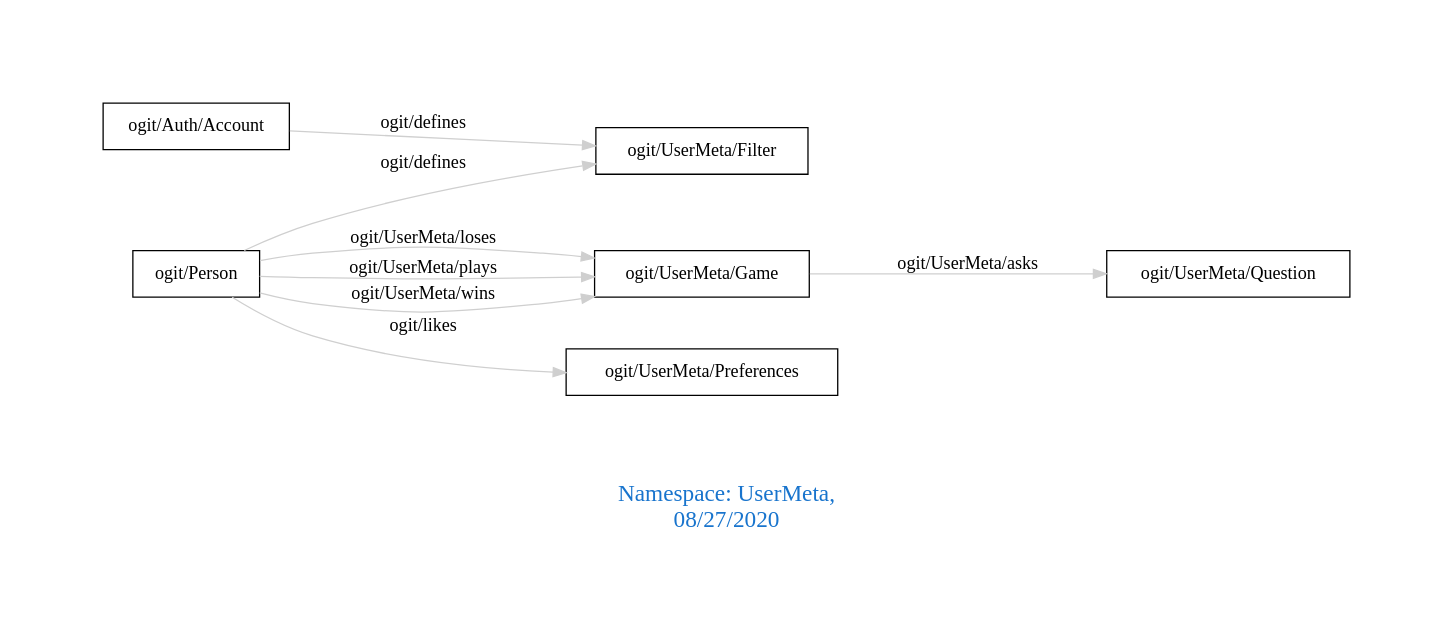
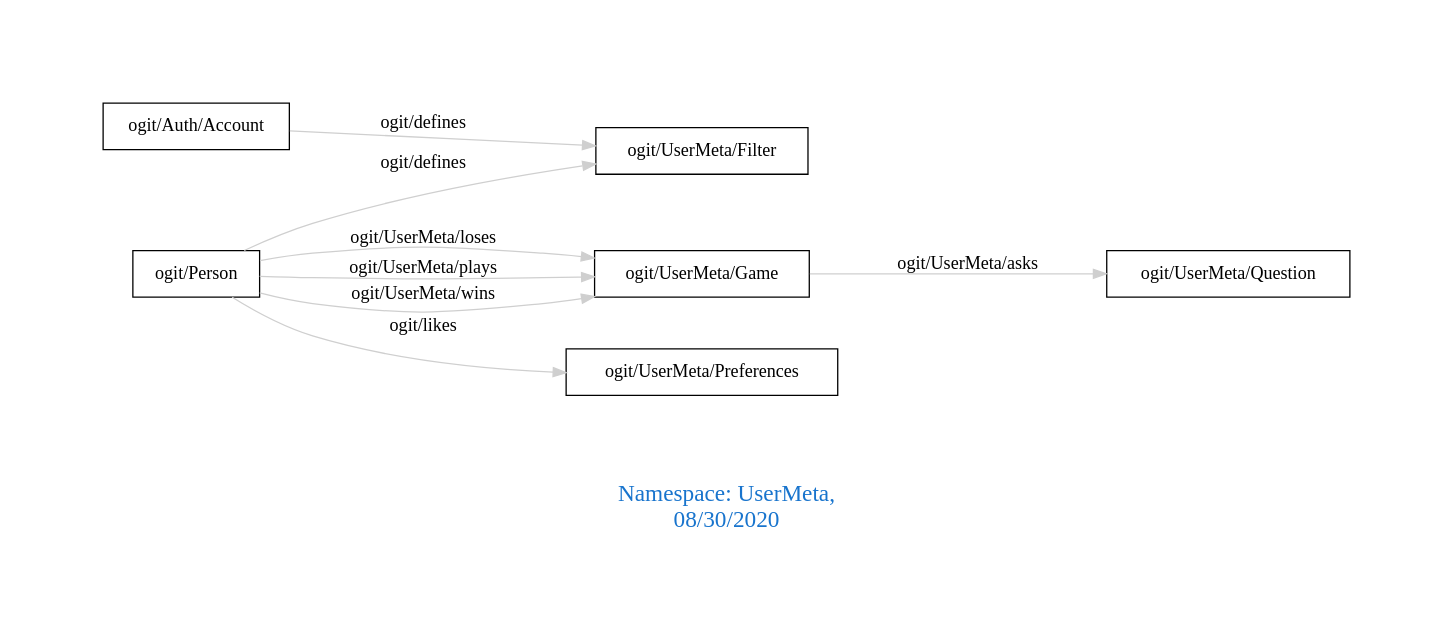
One commit to arago/OGIT changed the diagram in downloads/UserMeta.dot. Above: the diagram before and after it, drawn with Graphviz. The commit also changed 1811 other files, not shown here.

```diff
--- a/downloads/UserMeta.dot
+++ b/downloads/UserMeta.dot
@@ -1,15 +1,15 @@
 digraph OGIT_ontology {
  graph [ rankdir= LR,pad=1 
 fontsize = 18,
-fontcolor= dodgerblue3,label = "\n\n\nNamespace: UserMeta, \n 08/27/2020"];
+fontcolor= dodgerblue3,label = "\n\n\nNamespace: UserMeta, \n 08/30/2020"];
 node[shape=polygon];
 edge [  color="gray81"];
 
    "ogit/Auth/Account" -> "ogit/UserMeta/Filter" [label="   ogit/defines    "];
    "ogit/Person" -> "ogit/UserMeta/Filter" [label="   ogit/defines    "];
    "ogit/UserMeta/Game" -> "ogit/UserMeta/Question" [label="   ogit/UserMeta/asks    "];
    "ogit/Person" -> "ogit/UserMeta/Preferences" [label="   ogit/likes    "];
    "ogit/Person" -> "ogit/UserMeta/Game" [label="   ogit/UserMeta/loses    "];
    "ogit/Person" -> "ogit/UserMeta/Game" [label="   ogit/UserMeta/plays    "];
    "ogit/Person" -> "ogit/UserMeta/Game" [label="   ogit/UserMeta/wins    "];
 }
```
